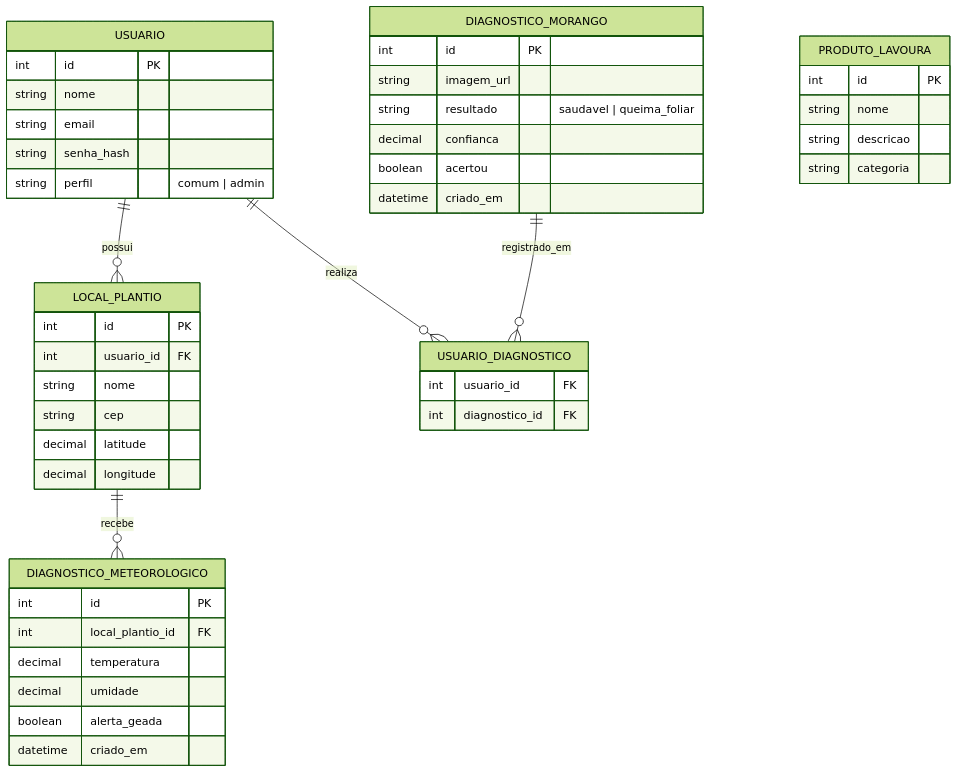
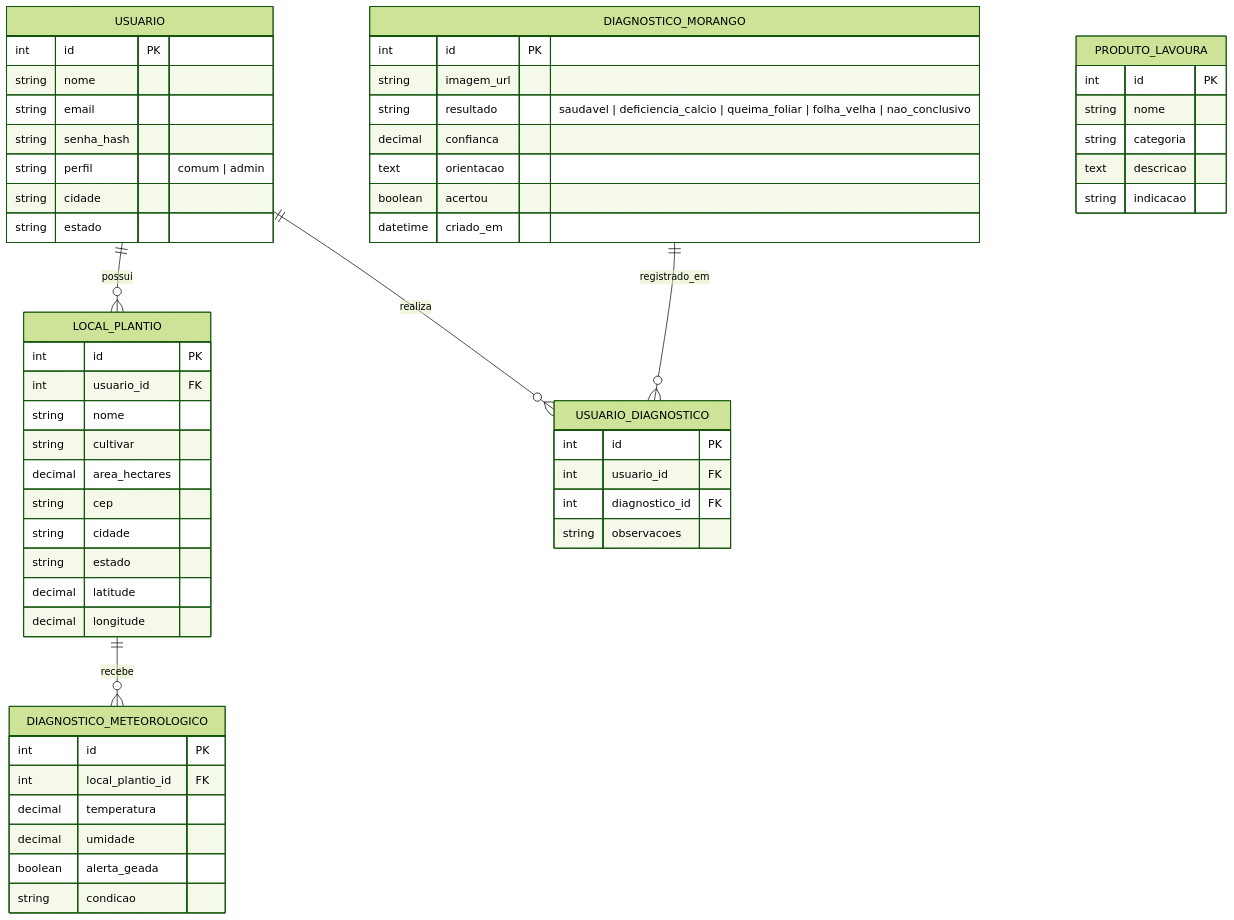
One commit to Ig0r-or/StrawBerry_Health_CNN changed the diagram in README.md. Above: the diagram before and after it, drawn with Mermaid (forest theme). The commit also changed other lines of this file and 40 other files, not shown here.

````diff
--- a/README.md
+++ b/README.md
@@ -132,50 +160,60 @@
 ```mermaid
 erDiagram
     USUARIO ||--o{ LOCAL_PLANTIO : possui
     USUARIO ||--o{ USUARIO_DIAGNOSTICO : realiza
     DIAGNOSTICO_MORANGO ||--o{ USUARIO_DIAGNOSTICO : registrado_em
     LOCAL_PLANTIO ||--o{ DIAGNOSTICO_METEOROLOGICO : recebe
     PRODUTO_LAVOURA
 
     USUARIO {
         int id PK
         string nome
         string email
         string senha_hash
         string perfil "comum | admin"
+        string cidade
+        string estado
     }
     LOCAL_PLANTIO {
         int id PK
         int usuario_id FK
         string nome
+        string cultivar
+        decimal area_hectares
         string cep
+        string cidade
+        string estado
         decimal latitude
         decimal longitude
     }
     DIAGNOSTICO_MORANGO {
         int id PK
         string imagem_url
-        string resultado "saudavel | queima_foliar"
+        string resultado "saudavel | deficiencia_calcio | queima_foliar | folha_velha | nao_conclusivo"
         decimal confianca
+        text orientacao
         boolean acertou
         datetime criado_em
     }
     USUARIO_DIAGNOSTICO {
+        int id PK
         int usuario_id FK
         int diagnostico_id FK
+        string observacoes
     }
     DIAGNOSTICO_METEOROLOGICO {
         int id PK
         int local_plantio_id FK
         decimal temperatura
         decimal umidade
         boolean alerta_geada
-        datetime criado_em
+        string condicao
     }
     PRODUTO_LAVOURA {
         int id PK
         string nome
-        string descricao
         string categoria
+        text descricao
+        string indicacao
     }
 ```
````
